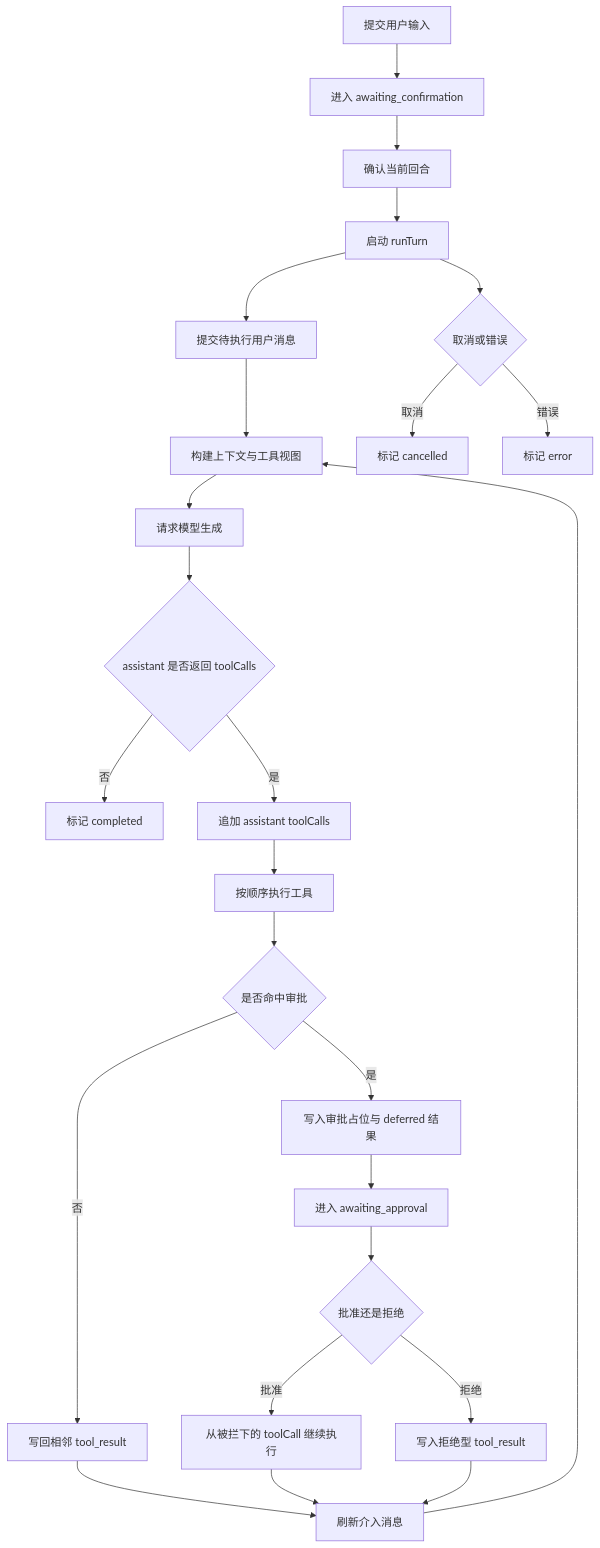
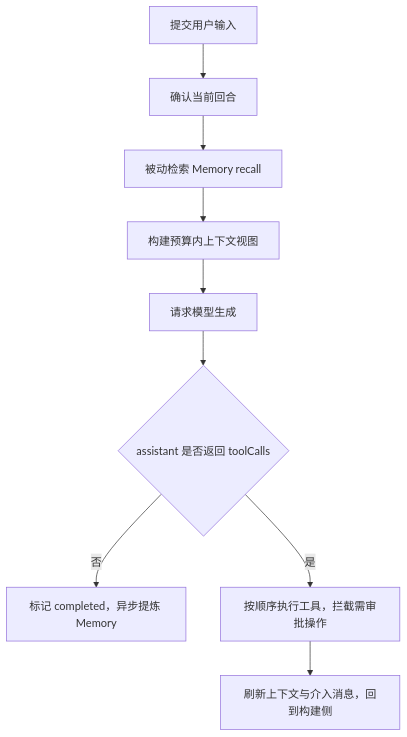
One commit to AprilLeeHub/April-Agent changed the second of 4 diagrams in README.md. Above: the diagram before and after it, drawn with Mermaid. The commit also changed other lines of this file and 13 other files, not shown here.

````diff
--- a/README.md
+++ b/README.md
@@ -140,27 +49,11 @@
 ```mermaid
 flowchart TD
-  A[提交用户输入] --> B[进入 awaiting_confirmation]
-  B --> C[确认当前回合]
-  C --> D[启动 runTurn]
-  D --> E[提交待执行用户消息]
-  E --> F[构建上下文与工具视图]
-  F --> G[请求模型生成]
-  G --> H{assistant 是否返回 toolCalls}
-  H -- 否 --> I[标记 completed]
-  H -- 是 --> J[追加 assistant toolCalls]
-  J --> K[按顺序执行工具]
-  K --> L{是否命中审批}
-  L -- 否 --> M[写回相邻 tool_result]
-  M --> N[刷新介入消息]
-  N --> F
-  L -- 是 --> O[写入审批占位与 deferred 结果]
-  O --> P[进入 awaiting_approval]
-  P --> Q{批准还是拒绝}
-  Q -- 批准 --> R[从被拦下的 toolCall 继续执行]
-  Q -- 拒绝 --> S[写入拒绝型 tool_result]
-  R --> N
-  S --> N
-  D --> T{取消或错误}
-  T -- 取消 --> U[标记 cancelled]
-  T -- 错误 --> V[标记 error]
+  A[提交用户输入] --> B[确认当前回合]
+  B --> C[被动检索 Memory recall]
+  C --> D[构建预算内上下文视图]
+  D --> E[请求模型生成]
+  E --> F{assistant 是否返回 toolCalls}
+  F -- 否 --> G[标记 completed，异步提炼 Memory]
+  F -- 是 --> H[按顺序执行工具，拦截需审批操作]
+  H --> I[刷新上下文与介入消息，回到构建侧]
 ```
````
